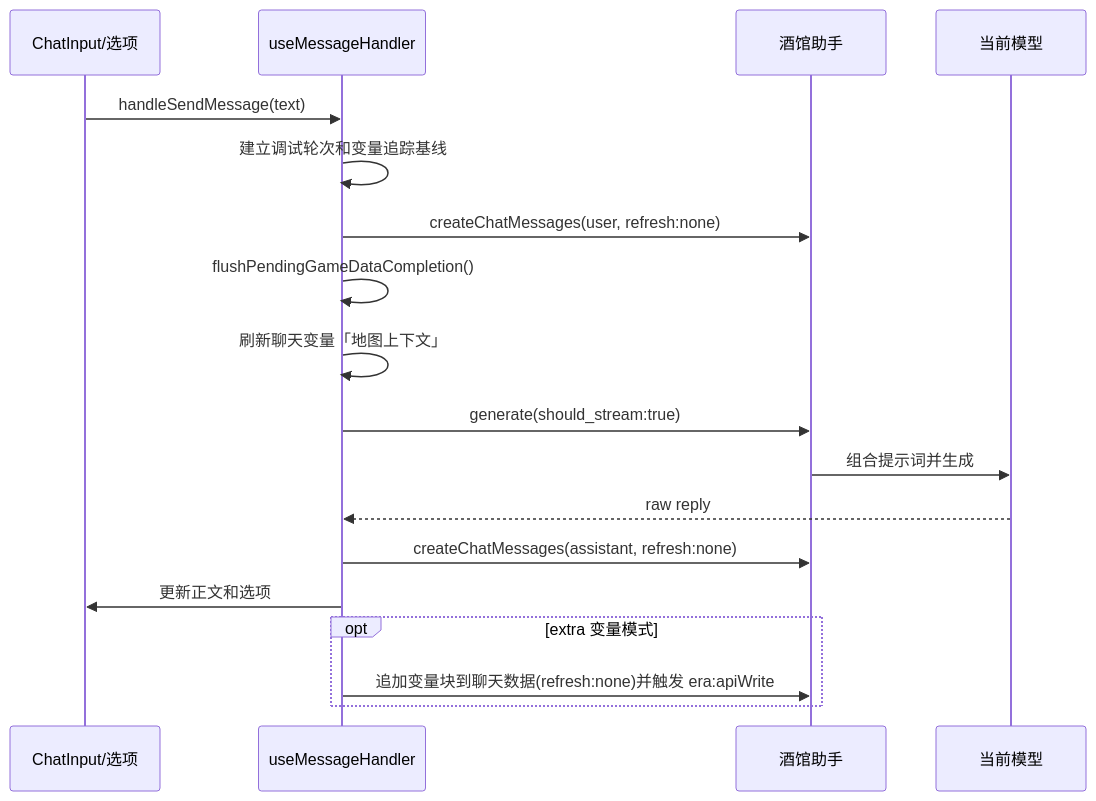
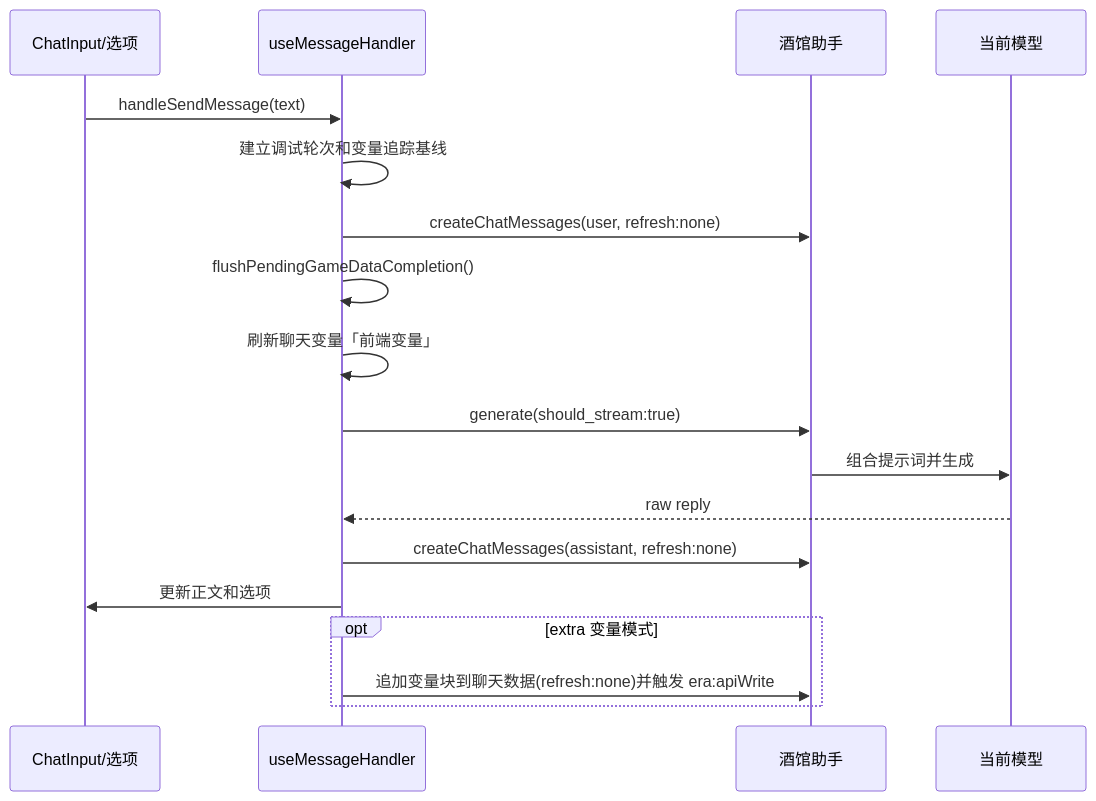
One commit to jam4435/sillytavern0011 changed the diagram in src/武侠/docs/02-消息生命周期.md. Above: the diagram before and after it, drawn with Mermaid. The commit also changed other lines of this file and 1245 other files, not shown here.

````diff
--- a/src/武侠/docs/02-消息生命周期.md
+++ b/src/武侠/docs/02-消息生命周期.md
@@ -11,21 +11,21 @@
 ```mermaid
 sequenceDiagram
     participant UI as ChatInput/选项
     participant Handler as useMessageHandler
     participant Tavern as 酒馆助手
     participant Model as 当前模型
 
     UI->>Handler: handleSendMessage(text)
     Handler->>Handler: 建立调试轮次和变量追踪基线
     Handler->>Tavern: createChatMessages(user, refresh:none)
     Handler->>Handler: flushPendingGameDataCompletion()
-    Handler->>Handler: 刷新聊天变量「地图上下文」
+    Handler->>Handler: 刷新聊天变量「前端变量」
     Handler->>Tavern: generate(should_stream:true)
     Tavern->>Model: 组合提示词并生成
     Model-->>Handler: raw reply
     Handler->>Tavern: createChatMessages(assistant, refresh:none)
     Handler->>UI: 更新正文和选项
     opt extra 变量模式
         Handler->>Tavern: 追加变量块到聊天数据(refresh:none)并触发 era:apiWrite
     end
 ```
````
